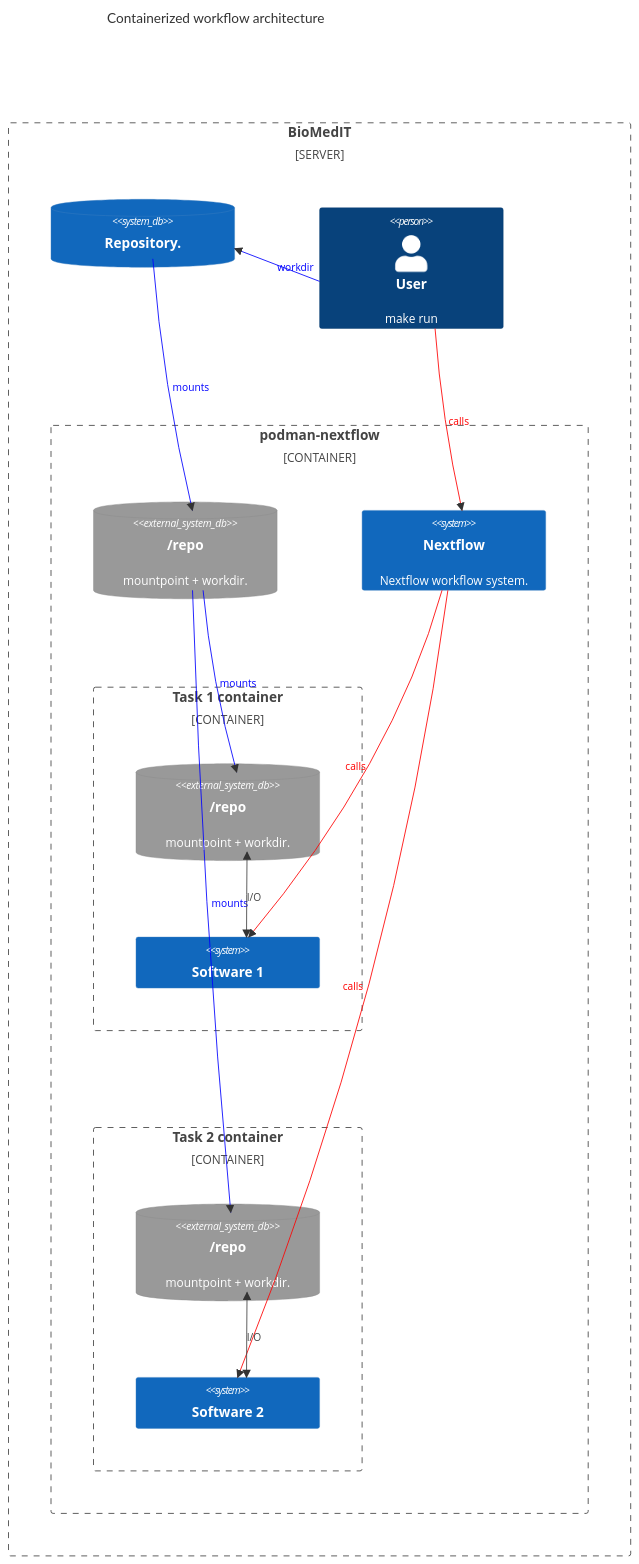
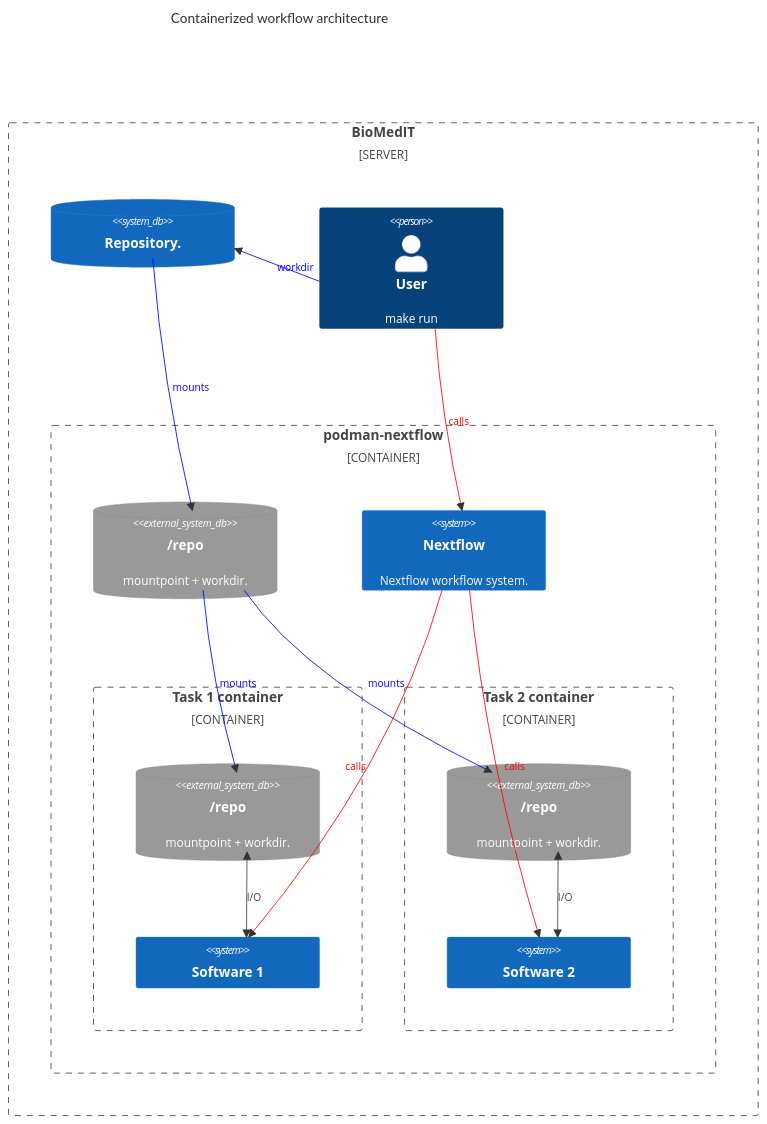
One commit to sdsc-ordes/demo-biomedit-workflow changed the first of 2 diagrams in README.md. Above: the diagram before and after it, drawn with Mermaid.

Commit message:
docs: improve mermaid fmt

````diff
--- a/README.md
+++ b/README.md
@@ -21,54 +21,54 @@
 ```mermaid
     C4Context
       title Containerized workflow architecture
       Boundary(b0, "BioMedIT", "SERVER") {
         SystemDb(Repo, "Repository.")
         Person(User, "User", "make run")
 
         Boundary(b1, "podman-nextflow", "CONTAINER") {
 
           SystemDb_Ext(RepoMount1, "/repo", "mountpoint + workdir.")
           System(Nextflow, "Nextflow", "Nextflow workflow system.")
 
           Boundary(t1, "Task 1 container", "CONTAINER") {
             SystemDb_Ext(RepoMount21, "/repo", "mountpoint + workdir.")
             System(Software1, "Software 1")
           }
 
           Boundary(t2, "Task 2 container", "CONTAINER") {
             SystemDb_Ext(RepoMount22, "/repo", "mountpoint + workdir.")
             System(Software2, "Software 2")
           }
 
         }
 
       }
 
       Rel(User, Repo, "workdir")
 
       Rel(Repo, RepoMount1, "mounts")
       Rel(RepoMount1, RepoMount21, "mounts")
       Rel(RepoMount1, RepoMount22, "mounts")
 
       Rel(User, Nextflow, "calls")
       Rel(Nextflow, Software1, "calls")
       Rel(Nextflow, Software2, "calls")
 
       BiRel(Software2, RepoMount22, "I/O")
       BiRel(Software1, RepoMount21, "I/O")
 
       UpdateRelStyle(User, Repo, $textColor="blue", $lineColor="blue")
       UpdateRelStyle(Repo, RepoMount1, $textColor="blue", $lineColor="blue")
       UpdateRelStyle(RepoMount1, RepoMount21, $textColor="blue", $lineColor="blue")
       UpdateRelStyle(RepoMount1, RepoMount22, $textColor="blue", $lineColor="blue")
 
       UpdateRelStyle(User, Nextflow, $textColor="red", $lineColor="red")
       UpdateRelStyle(Nextflow, Software1, $textColor="red", $lineColor="red")
       UpdateRelStyle(Nextflow, Software2, $textColor="red", $lineColor="red")
 
 
       UpdateRelStyle(Nextflow, User, $textColor="red", $lineColor="red")
 
-      UpdateLayoutConfig($c4ShapeInRow="2", $c4BoundaryInRow="1")
+      UpdateLayoutConfig($c4ShapeInRow="2", $c4BoundaryInRow="2")
 
 ```
````
